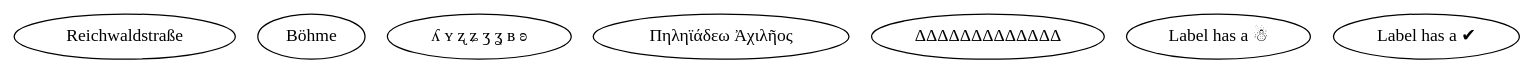
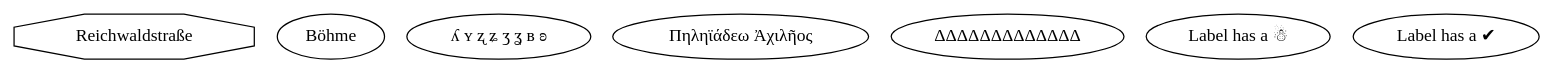
Before and after one commit to graphviz-perl/GraphViz2-Marpa: the diagram in data/utf8.01.gv, drawn with Graphviz. The commit also changed 7 other files, not shown here.

```diff
--- a/data/utf8.01.gv
+++ b/data/utf8.01.gv
@@ -1,18 +1,18 @@
 digraph utf8_01
 {
 	rankdir = TB
 
-	Reichwaldstraße
+	Reichwaldstraße [shape = octagon]
 
-	Böhme
+	"Böhme"
 
 	Three [ label = "ʎ ʏ ʐ ʑ ʒ ʓ ʙ ʚ"]
 
 	Four  [ label = "Πηληϊάδεω Ἀχιλῆος"]
 
-	ΔΔΔΔΔΔΔΔΔΔΔΔΔ
+	"ΔΔΔΔΔΔΔΔΔΔΔΔΔ"
 
-	Six   [ label = "Label has a ☃"]
+	Snowman [ label = "Label has a ☃"]
 
-	Seven [ label = "Label has a ✔"]
+	Tick    [ label = "Label has a ✔"]
 }
```
